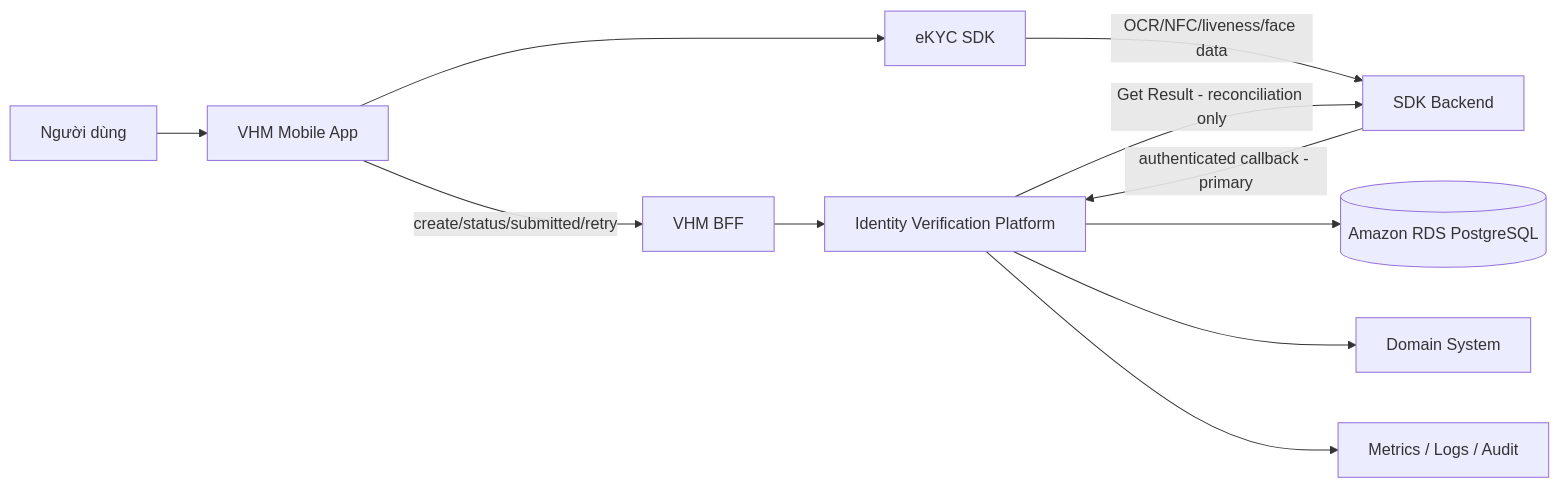
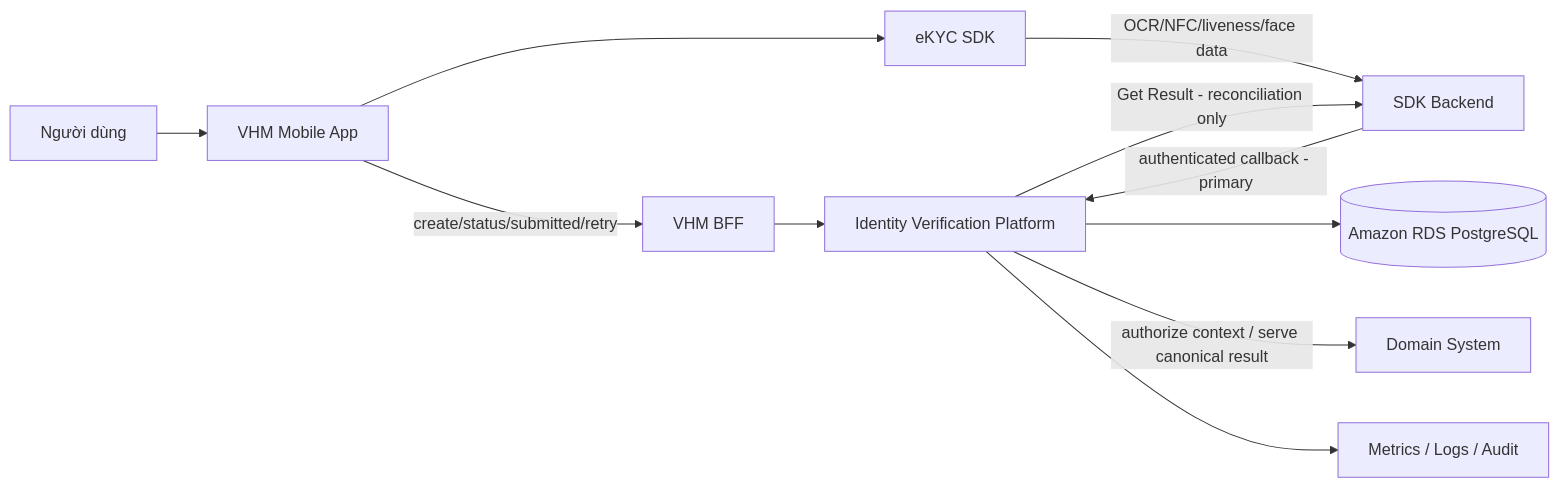
Before and after one commit to huynv-xyz/vhm: the first of 8 diagrams in tdd2.md, drawn with Mermaid. The commit also changed other lines of this file, not shown here.

````diff
--- a/tdd2.md
+++ b/tdd2.md
@@ -112,13 +137,13 @@
 ```mermaid
 flowchart LR
     USER["Người dùng"] --> MOBILE["VHM Mobile App"]
     MOBILE -->|create/status/submitted/retry| BFF["VHM BFF"]
     BFF --> PLATFORM["Identity Verification Platform"]
     MOBILE --> SDK["eKYC SDK"]
     SDK -->|OCR/NFC/liveness/face data| SDK_BACKEND["SDK Backend"]
     SDK_BACKEND -->|authenticated callback - primary| PLATFORM
     PLATFORM -->|Get Result - reconciliation only| SDK_BACKEND
     PLATFORM --> DB[("Amazon RDS PostgreSQL")]
-    PLATFORM --> DOMAIN["Domain System"]
+    PLATFORM -->|authorize context / serve canonical result| DOMAIN["Domain System"]
     PLATFORM --> OBS["Metrics / Logs / Audit"]
 ```
````
